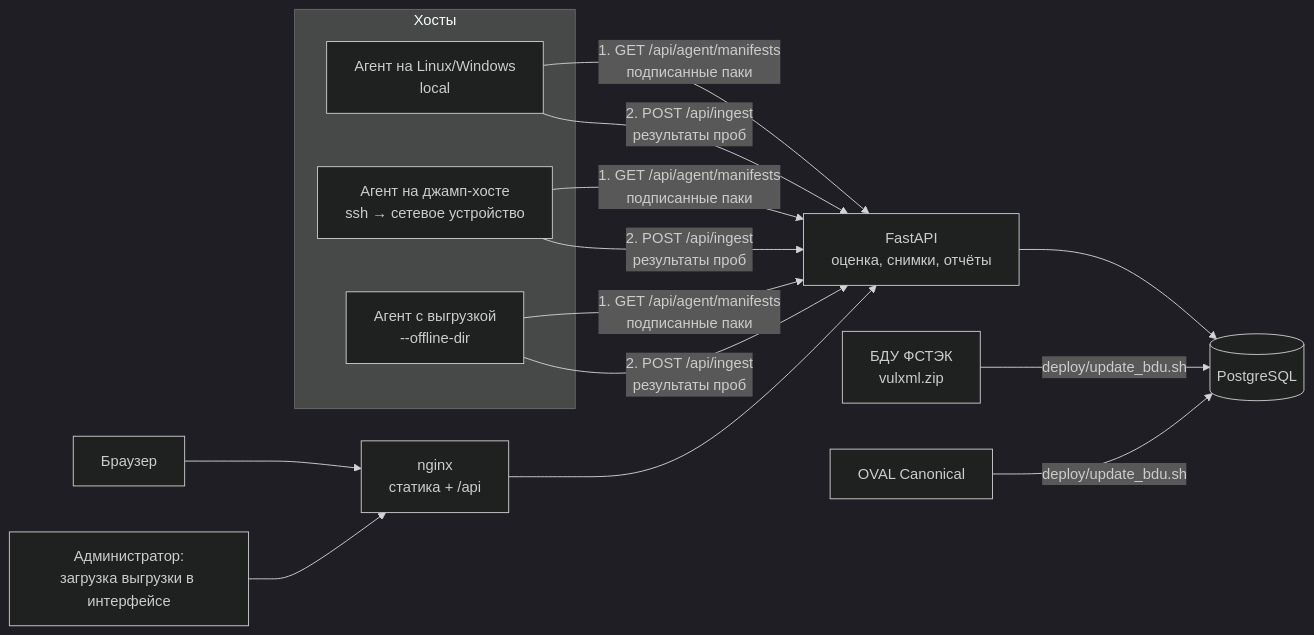
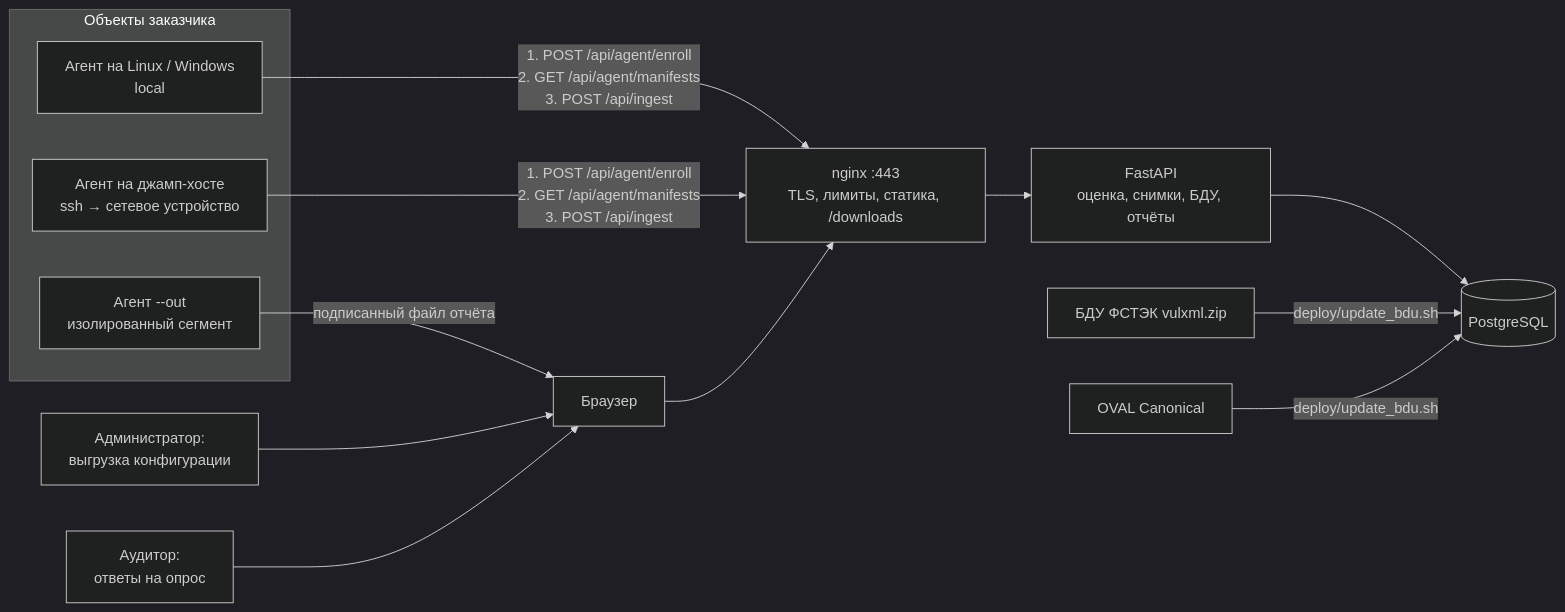
One commit to obryadov111/hardening changed the first of 5 diagrams in docs/project-description.md. Above: the diagram before and after it, drawn with Mermaid (dark theme). The commit also changed other lines of this file, not shown here.

````diff
--- a/docs/project-description.md
+++ b/docs/project-description.md
@@ -73,23 +86,23 @@
 ```mermaid
 flowchart LR
-    subgraph Хосты
-      A1[Агент на Linux/Windows<br/>local]
+    subgraph Z[Объекты заказчика]
+      A1[Агент на Linux / Windows<br/>local]
       A2[Агент на джамп-хосте<br/>ssh → сетевое устройство]
-      A3[Агент с выгрузкой<br/>--offline-dir]
+      A3[Агент --out<br/>изолированный сегмент]
     end
-    U[Администратор:<br/>загрузка выгрузки в интерфейсе]
+    U1[Администратор:<br/>выгрузка конфигурации]
+    U2[Аудитор:<br/>ответы на опрос]
     B[Браузер]
-    N[nginx<br/>статика + /api]
-    S[FastAPI<br/>оценка, снимки, отчёты]
+    N[nginx :443<br/>TLS, лимиты, статика, /downloads]
+    S[FastAPI<br/>оценка, снимки, БДУ, отчёты]
     D[(PostgreSQL)]
-    F[БДУ ФСТЭК<br/>vulxml.zip]
+    F[БДУ ФСТЭК vulxml.zip]
     O[OVAL Canonical]
 
-    A1 & A2 & A3 -->|1. GET /api/agent/manifests<br/>подписанные паки| S
-    A1 & A2 & A3 -->|2. POST /api/ingest<br/>результаты проб| S
-    B --> N --> S
-    U --> N
-    S --> D
-    F -->|deploy/update_bdu.sh| D
-    O -->|deploy/update_bdu.sh| D
+    A1 & A2 -->|1. POST /api/agent/enroll<br/>2. GET /api/agent/manifests<br/>3. POST /api/ingest| N
+    A3 -->|подписанный файл отчёта| B
+    U1 --> B
+    U2 --> B
+    B --> N --> S --> D
+    F & O -->|deploy/update_bdu.sh| D
 ```
````
